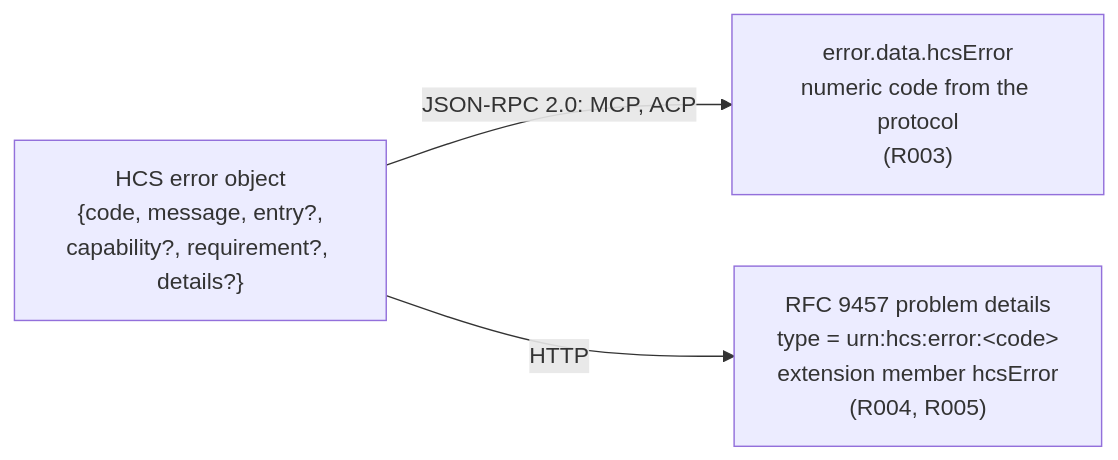
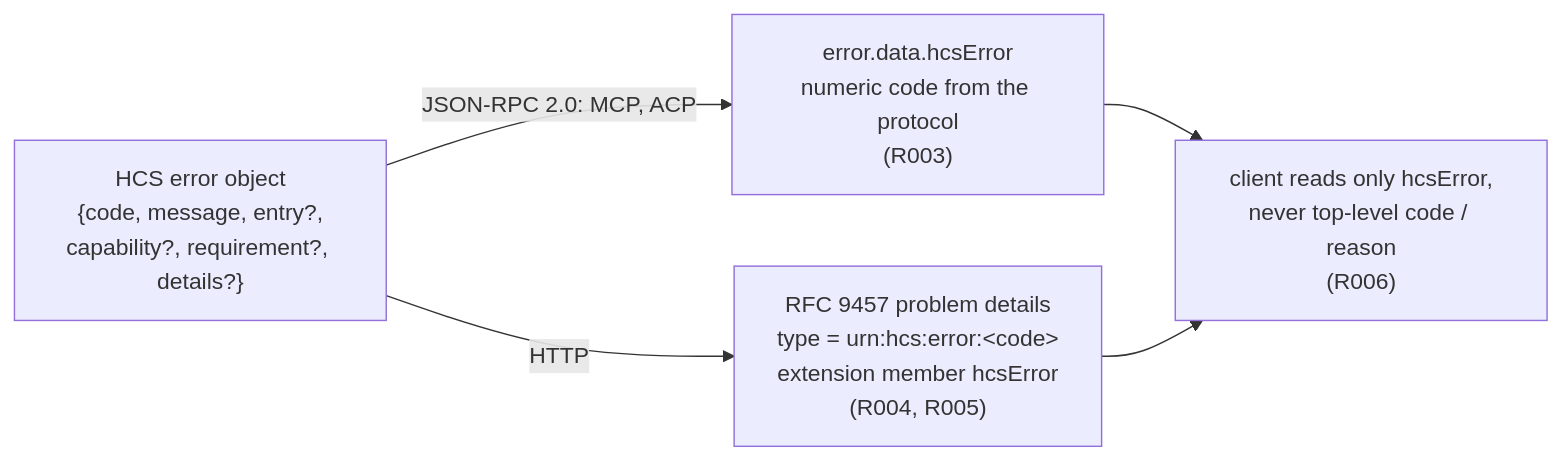
Diagram 12 of 13 in docs/architecture.md (FullFran/hcs), drawn with Mermaid before and after one commit. The commit also changed other lines of this file, not shown here.

Commit message:
docs(architecture): show stored denials, person answers, model transport guard and client reading

````diff
--- a/docs/architecture.md
+++ b/docs/architecture.md
@@ -301,6 +337,8 @@
 ```mermaid
 flowchart LR
     err["HCS error object<br/>{code, message, entry?,<br/>capability?, requirement?, details?}"]
     err -->|JSON-RPC 2.0: MCP, ACP| rpc["error.data.hcsError<br/>numeric code from the protocol<br/>(R003)"]
     err -->|HTTP| p9457["RFC 9457 problem details<br/>type = urn:hcs:error:&lt;code&gt;<br/>extension member hcsError<br/>(R004, R005)"]
+    rpc --> client["client reads only hcsError,<br/>never top-level code / reason<br/>(R006)"]
+    p9457 --> client
 ```
````
